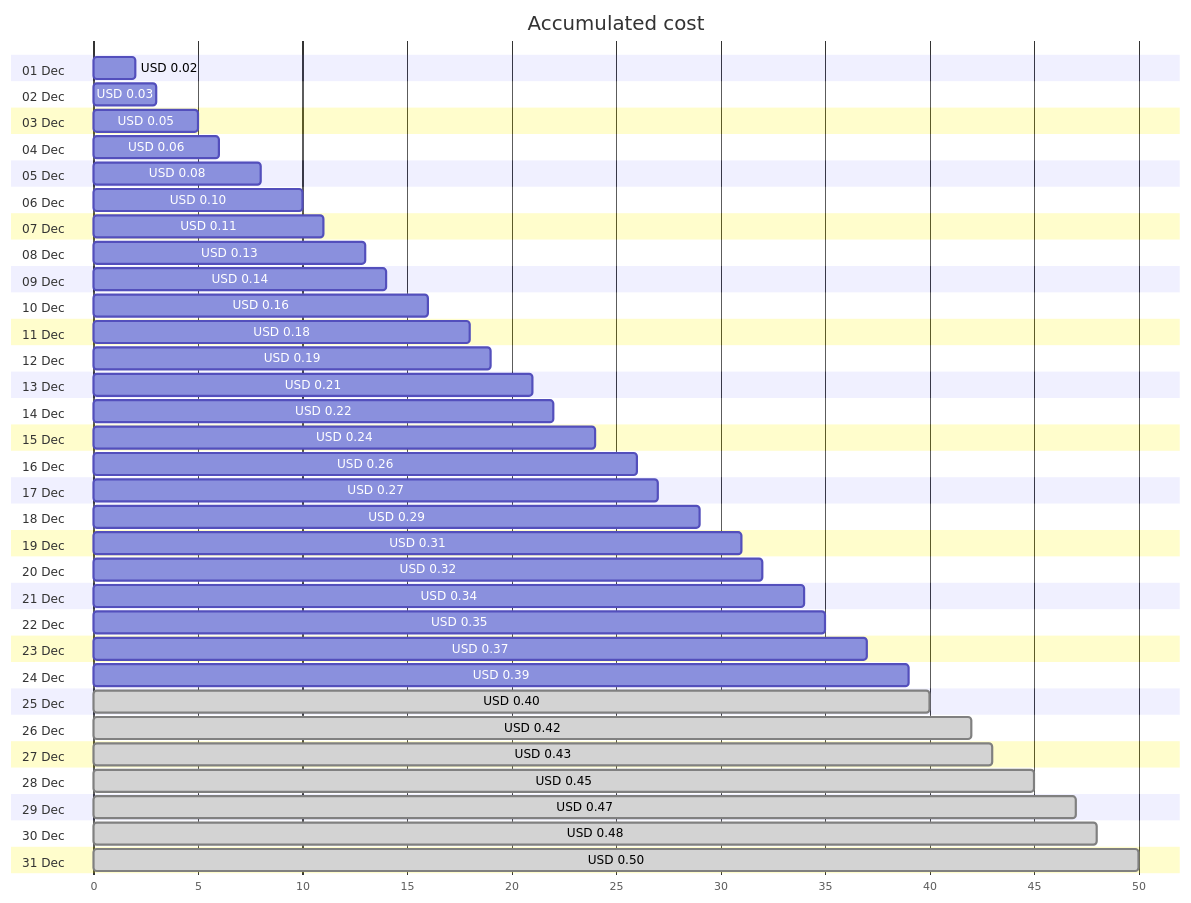
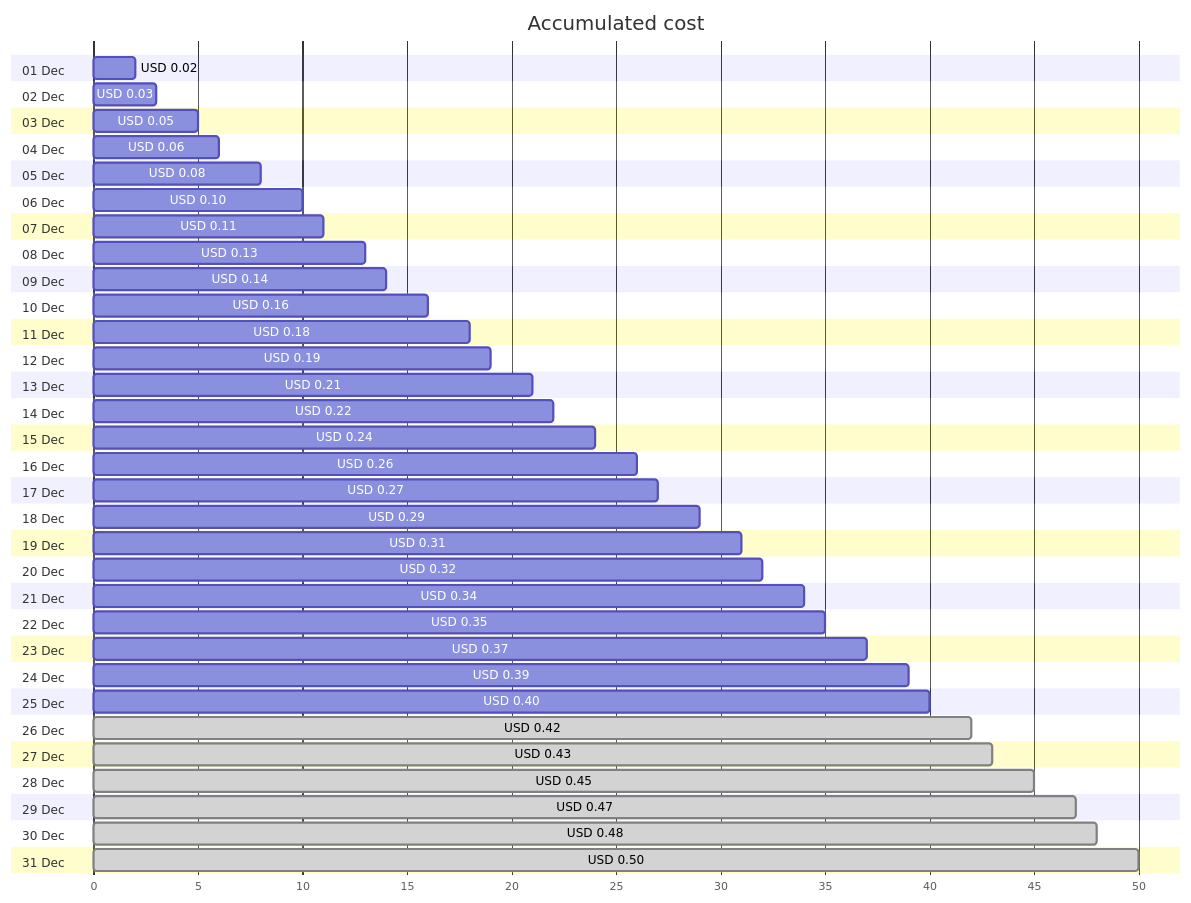
Before and after one commit to jpfulton/azure-personal-reports: the first of 4 diagrams in cost-reports/personal-network/private.jpatrickfulton.com.md, drawn with Mermaid. The commit also changed other lines of this file and 8 other files, not shown here.

````diff
--- a/cost-reports/personal-network/private.jpatrickfulton.com.md
+++ b/cost-reports/personal-network/private.jpatrickfulton.com.md
@@ -20,68 +20,68 @@
 ```mermaid
 gantt
    title Accumulated cost
    dateFormat  X
    axisFormat %s
    section 01 Dec
    USD 0.02 :0, 2
    section 02 Dec
    USD 0.03 :0, 3
    section 03 Dec
    USD 0.05 :0, 5
    section 04 Dec
    USD 0.06 :0, 6
    section 05 Dec
    USD 0.08 :0, 8
    section 06 Dec
    USD 0.10 :0, 10
    section 07 Dec
    USD 0.11 :0, 11
    section 08 Dec
    USD 0.13 :0, 13
    section 09 Dec
    USD 0.14 :0, 14
    section 10 Dec
    USD 0.16 :0, 16
    section 11 Dec
    USD 0.18 :0, 18
    section 12 Dec
    USD 0.19 :0, 19
    section 13 Dec
    USD 0.21 :0, 21
    section 14 Dec
    USD 0.22 :0, 22
    section 15 Dec
    USD 0.24 :0, 24
    section 16 Dec
    USD 0.26 :0, 26
    section 17 Dec
    USD 0.27 :0, 27
    section 18 Dec
    USD 0.29 :0, 29
    section 19 Dec
    USD 0.31 :0, 31
    section 20 Dec
    USD 0.32 :0, 32
    section 21 Dec
    USD 0.34 :0, 34
    section 22 Dec
    USD 0.35 :0, 35
    section 23 Dec
    USD 0.37 :0, 37
    section 24 Dec
    USD 0.39 :0, 39
    section 25 Dec
-   USD 0.40 : done, 0, 40
+   USD 0.40 :0, 40
    section 26 Dec
    USD 0.42 : done, 0, 42
    section 27 Dec
    USD 0.43 : done, 0, 43
    section 28 Dec
    USD 0.45 : done, 0, 45
    section 29 Dec
    USD 0.47 : done, 0, 47
    section 30 Dec
    USD 0.48 : done, 0, 48
    section 31 Dec
    USD 0.50 : done, 0, 50
 ```
````
